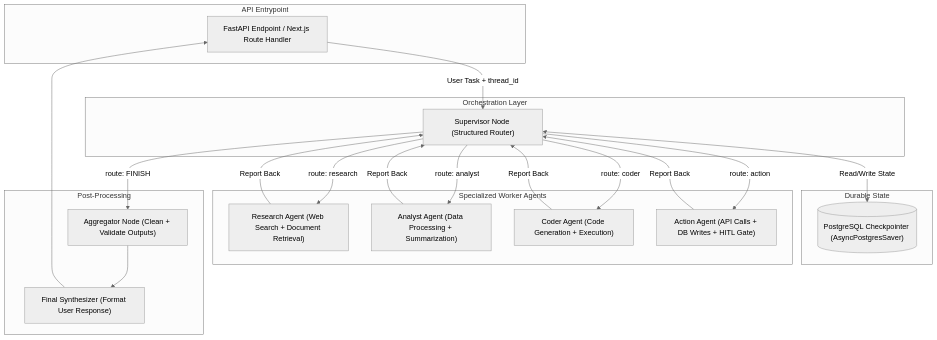
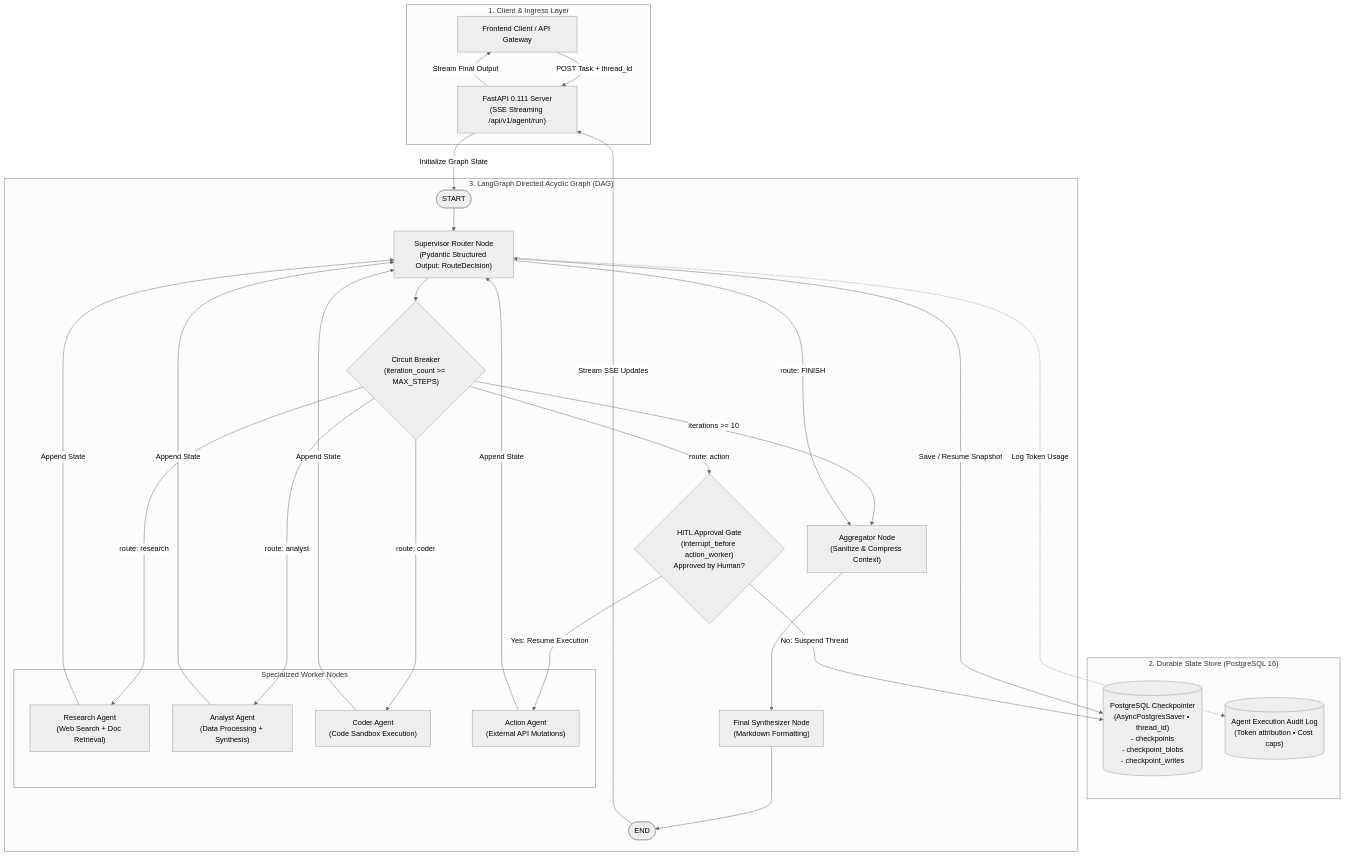
The diagram in docs/ai-agents/multi-agent-supervisor/overview.md (software-blueprints-hq/software-blueprints), drawn with Mermaid (neutral theme) before and after one commit. The commit also changed other lines of this file and 4 other files, not shown here.

Commit message:
feat(ai-agents): upgrade Multi-Agent Supervisor to Level 3 Flagship (ADR-015) with LangGraph DAG, Postgres Checkpointing, and HITL gate

````diff
--- a/docs/ai-agents/multi-agent-supervisor/overview.md
+++ b/docs/ai-agents/multi-agent-supervisor/overview.md
@@ -24,42 +33,57 @@
 ```mermaid
 flowchart TD
-    subgraph Entry ["API Entrypoint"]
-        API["FastAPI Endpoint / Next.js Route Handler"]
+    subgraph ClientLayer ["1. Client & Ingress Layer"]
+        UserClient["Frontend Client / API Gateway"]
+        FastAPI["FastAPI 0.111 Server\n(SSE Streaming /api/v1/agent/run)"]
     end
 
-    subgraph StateStore ["Durable State"]
-        PGCheckpoint[("PostgreSQL Checkpointer (AsyncPostgresSaver)")]
+    subgraph PersistenceLayer ["2. Durable State Store (PostgreSQL 16)"]
+        PGCheckpoint[("PostgreSQL Checkpointer\n(AsyncPostgresSaver • thread_id)\n- checkpoints\n- checkpoint_blobs\n- checkpoint_writes")]
+        AuditLog[("Agent Execution Audit Log\n(Token attribution • Cost caps)")]
     end
 
-    subgraph SupervisorLayer ["Orchestration Layer"]
-        Supervisor["Supervisor Node (Structured Router)"]
+    subgraph OrchestrationGraph ["3. LangGraph Directed Acyclic Graph (DAG)"]
+        StartNode(["START"])
+        Supervisor["Supervisor Router Node\n(Pydantic Structured Output: RouteDecision)"]
+        
+        subgraph WorkersPool ["Specialized Worker Nodes"]
+            ResearchWorker["Research Agent\n(Web Search + Doc Retrieval)"]
+            AnalystWorker["Analyst Agent\n(Data Processing + Synthesis)"]
+            CoderWorker["Coder Agent\n(Code Sandbox Execution)"]
+            ActionWorker["Action Agent\n(External API Mutations)"]
+        end
+
+        HITLGate{"HITL Approval Gate\n(interrupt_before action_worker)\nApproved by Human?"}
+        CircuitBreaker{"Circuit Breaker\n(iteration_count >= MAX_STEPS)"}
+        Aggregator["Aggregator Node\n(Sanitize & Compress Context)"]
+        Synthesizer["Final Synthesizer Node\n(Markdown Formatting)"]
+        EndNode(["END"])
     end
 
-    subgraph Workers ["Specialized Worker Agents"]
-        ResearchAgent["Research Agent (Web Search + Document Retrieval)"]
-        AnalystAgent["Analyst Agent (Data Processing + Summarization)"]
-        CoderAgent["Coder Agent (Code Generation + Execution)"]
-        ActionAgent["Action Agent (API Calls + DB Writes + HITL Gate)"]
-    end
+    UserClient -->|POST Task + thread_id| FastAPI
+    FastAPI -->|Initialize Graph State| StartNode
+    StartNode --> Supervisor
+    Supervisor <-->|Save / Resume Snapshot| PGCheckpoint
 
-    subgraph PostProcess ["Post-Processing"]
-        Aggregator["Aggregator Node (Clean + Validate Outputs)"]
-        Synthesizer["Final Synthesizer (Format User Response)"]
-    end
+    Supervisor --> CircuitBreaker
+    CircuitBreaker -->|iterations >= 10| Aggregator
+    CircuitBreaker -->|route: research| ResearchWorker
+    CircuitBreaker -->|route: analyst| AnalystWorker
+    CircuitBreaker -->|route: coder| CoderWorker
+    CircuitBreaker -->|route: action| HITLGate
 
-    API -->|"User Task + thread_id"| Supervisor
-    Supervisor <-->|"Read/Write State"| PGCheckpoint
-    Supervisor -->|"route: research"| ResearchAgent
-    Supervisor -->|"route: analyst"| AnalystAgent
-    Supervisor -->|"route: coder"| CoderAgent
-    Supervisor -->|"route: action"| ActionAgent
+    HITLGate -->|No: Suspend Thread| PGCheckpoint
+    HITLGate -->|Yes: Resume Execution| ActionWorker
 
-    ResearchAgent -->|"Report Back"| Supervisor
-    AnalystAgent -->|"Report Back"| Supervisor
-    CoderAgent -->|"Report Back"| Supervisor
-    ActionAgent -->|"Report Back"| Supervisor
+    ResearchWorker -->|Append State| Supervisor
+    AnalystWorker -->|Append State| Supervisor
+    CoderWorker -->|Append State| Supervisor
+    ActionWorker -->|Append State| Supervisor
 
-    Supervisor -->|"route: FINISH"| Aggregator
+    Supervisor -->|route: FINISH| Aggregator
     Aggregator --> Synthesizer
-    Synthesizer --> API
+    Synthesizer --> EndNode
+    EndNode -->|Stream SSE Updates| FastAPI
+    FastAPI -->|Stream Final Output| UserClient
+    Supervisor -.->|Log Token Usage| AuditLog
 ```
````
